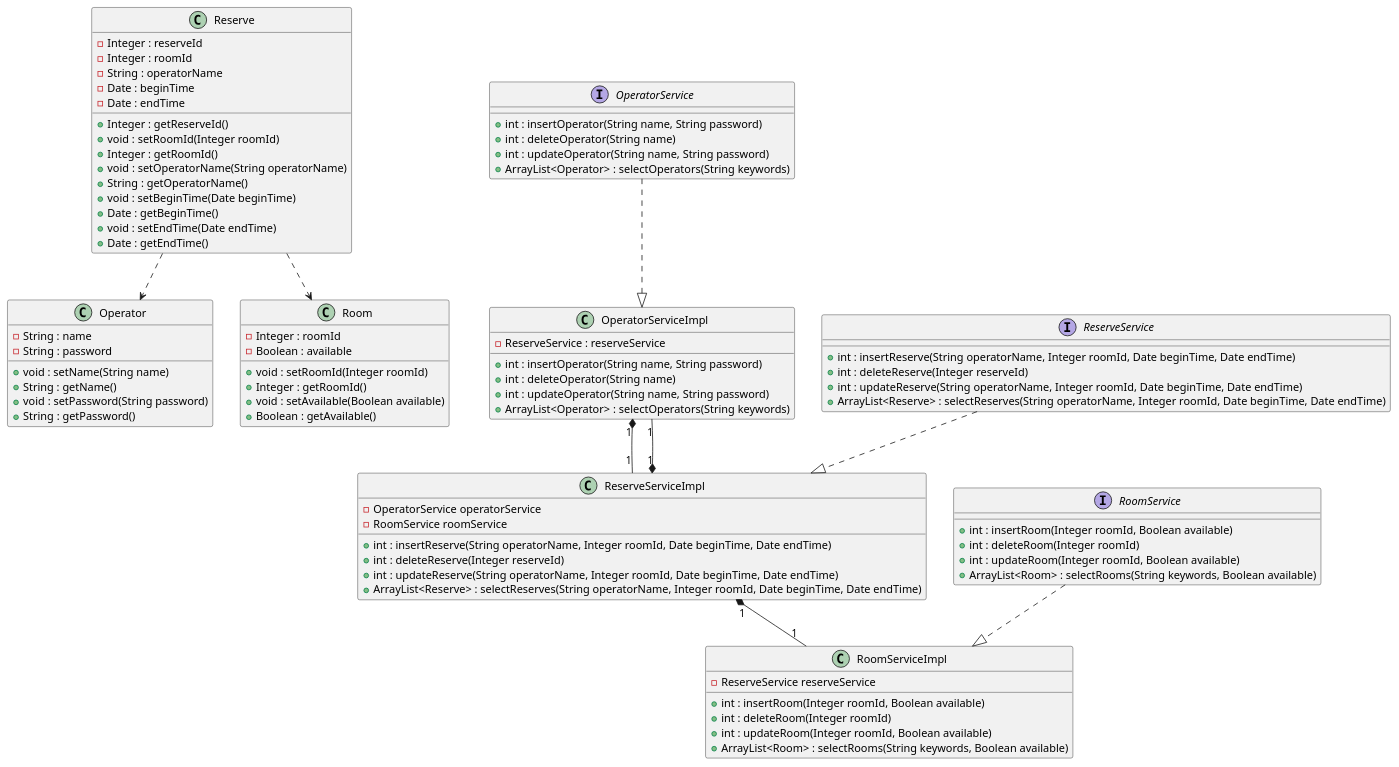
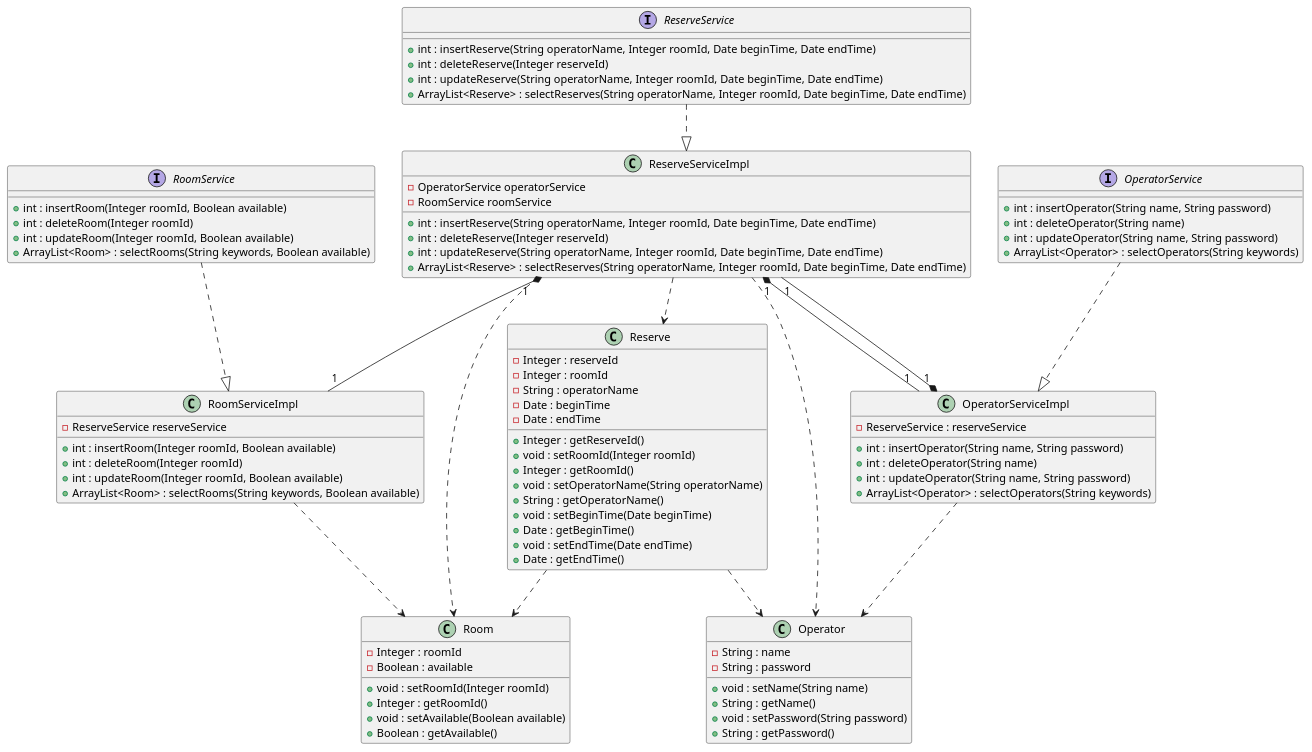
The diagram in UML/ConferenceRoomUML.puml (Daowaishho/SOA_2), drawn with PlantUML before and after one commit.

Commit message:
done class diagram 1.0

```diff
--- a/UML/ConferenceRoomUML.puml
+++ b/UML/ConferenceRoomUML.puml
@@ -1,105 +1,110 @@
 @startuml
 class Operator{
 - String : name
 - String : password
 ' setter getter
 ' name
 + void : setName(String name)
 + String : getName()
 ' password
 + void : setPassword(String password)
 + String : getPassword()
 }
 
 class Reserve{
 - Integer : reserveId
 - Integer : roomId
 - String : operatorName
 - Date : beginTime
 - Date : endTime
 'setter getter
 ' reserveId
 + Integer : getReserveId()
 ' roomId
 + void : setRoomId(Integer roomId)
 + Integer : getRoomId()
 ' operatorName
 + void : setOperatorName(String operatorName)
 + String : getOperatorName()
 ' beginTime
 + void : setBeginTime(Date beginTime)
 + Date : getBeginTime()
 ' endTime
 + void : setEndTime(Date endTime)
 + Date : getEndTime()
 }
 
 class Room{
 - Integer : roomId
 - Boolean : available
 'setter getter
 ' roomId
 + void : setRoomId(Integer roomId)
 + Integer : getRoomId()
 ' available
 + void : setAvailable(Boolean available)
 + Boolean : getAvailable()
 }
 
 'service interface
 interface OperatorService{
 + int : insertOperator(String name, String password)
 + int : deleteOperator(String name)
 + int : updateOperator(String name, String password)
 + ArrayList<Operator> : selectOperators(String keywords)
 }
 
 interface ReserveService{
 + int : insertReserve(String operatorName, Integer roomId, Date beginTime, Date endTime)
 + int : deleteReserve(Integer reserveId)
 + int : updateReserve(String operatorName, Integer roomId, Date beginTime, Date endTime)
 + ArrayList<Reserve> : selectReserves(String operatorName, Integer roomId, Date beginTime, Date endTime)
 }
 
 interface RoomService{
 + int : insertRoom(Integer roomId, Boolean available)
 + int : deleteRoom(Integer roomId)
 + int : updateRoom(Integer roomId, Boolean available)
 + ArrayList<Room> : selectRooms(String keywords, Boolean available)
 }
 
 'service implement
 class OperatorServiceImpl{
 - ReserveService : reserveService
 + int : insertOperator(String name, String password)
 + int : deleteOperator(String name)
 + int : updateOperator(String name, String password)
 + ArrayList<Operator> : selectOperators(String keywords)
 }
 
 class ReserveServiceImpl{
 - OperatorService operatorService
 - RoomService roomService
 + int : insertReserve(String operatorName, Integer roomId, Date beginTime, Date endTime)
 + int : deleteReserve(Integer reserveId)
 + int : updateReserve(String operatorName, Integer roomId, Date beginTime, Date endTime)
 + ArrayList<Reserve> : selectReserves(String operatorName, Integer roomId, Date beginTime, Date endTime)
 }
 
 class RoomServiceImpl{
 - ReserveService reserveService
 + int : insertRoom(Integer roomId, Boolean available)
 + int : deleteRoom(Integer roomId)
 + int : updateRoom(Integer roomId, Boolean available)
 + ArrayList<Room> : selectRooms(String keywords, Boolean available)
 }
 
 Reserve ..> Operator
 Reserve ..> Room
 OperatorService ..|> OperatorServiceImpl
 ReserveService ..|> ReserveServiceImpl
 RoomService ..|> RoomServiceImpl
 OperatorServiceImpl "1" *-- "1" ReserveServiceImpl
 ReserveServiceImpl "1" *-- "1" OperatorServiceImpl
 ReserveServiceImpl "1" *-- "1" RoomServiceImpl
+OperatorServiceImpl ..> Operator
+ReserveServiceImpl ..> Room
+ReserveServiceImpl ..> Operator
+ReserveServiceImpl ..> Reserve
+RoomServiceImpl ..> Room
 @enduml
```
